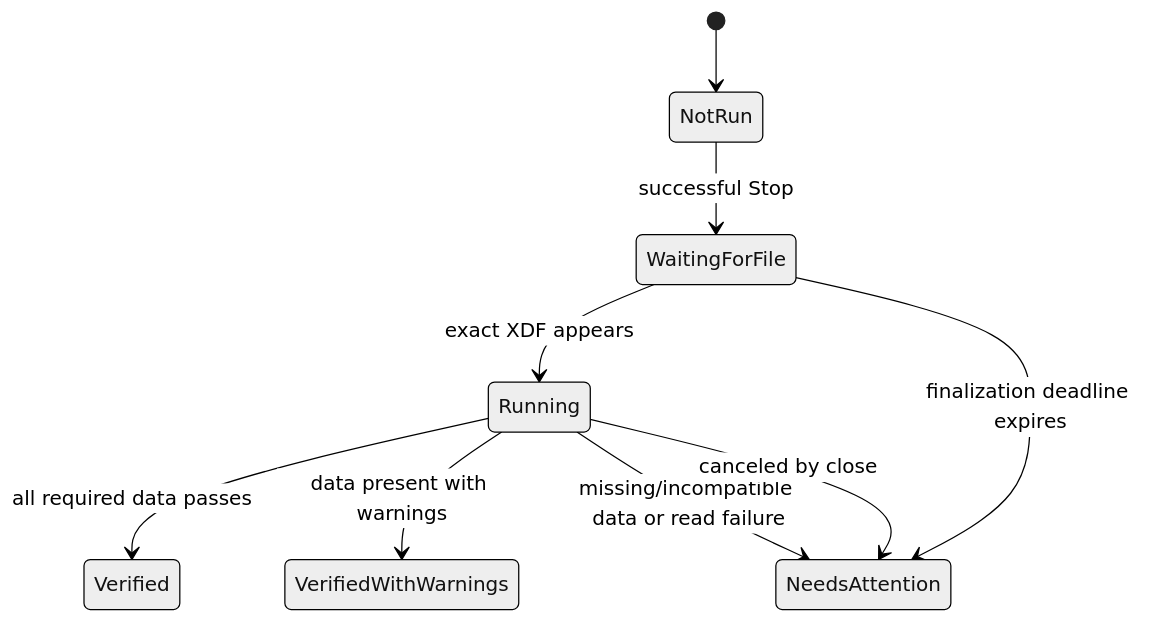
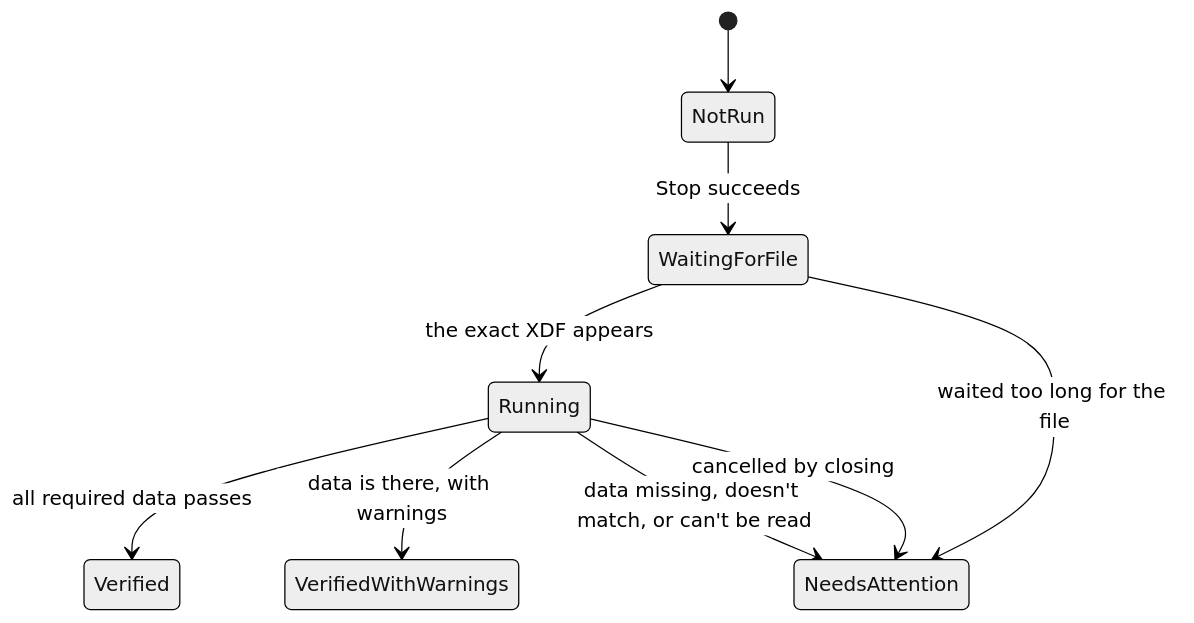
One commit to attackofthetitan/vicon-lsl-sync changed diagram 13 of 15 in docs/runtime-state-machines.md. Above: the diagram before and after it, drawn with Mermaid (neutral theme). The commit also changed other lines of this file and 59 other files, not shown here.

````diff
--- a/docs/runtime-state-machines.md
+++ b/docs/runtime-state-machines.md
@@ -529,11 +538,11 @@
 ```mermaid
 stateDiagram-v2
     [*] --> NotRun
-    NotRun --> WaitingForFile: successful Stop
-    WaitingForFile --> Running: exact XDF appears
-    WaitingForFile --> NeedsAttention: finalization deadline expires
+    NotRun --> WaitingForFile: Stop succeeds
+    WaitingForFile --> Running: the exact XDF appears
+    WaitingForFile --> NeedsAttention: waited too long for the file
     Running --> Verified: all required data passes
-    Running --> VerifiedWithWarnings: data present with warnings
-    Running --> NeedsAttention: missing/incompatible data or read failure
-    Running --> NeedsAttention: canceled by close
+    Running --> VerifiedWithWarnings: data is there, with warnings
+    Running --> NeedsAttention: data missing, doesn't match, or can't be read
+    Running --> NeedsAttention: cancelled by closing
 ```
````
